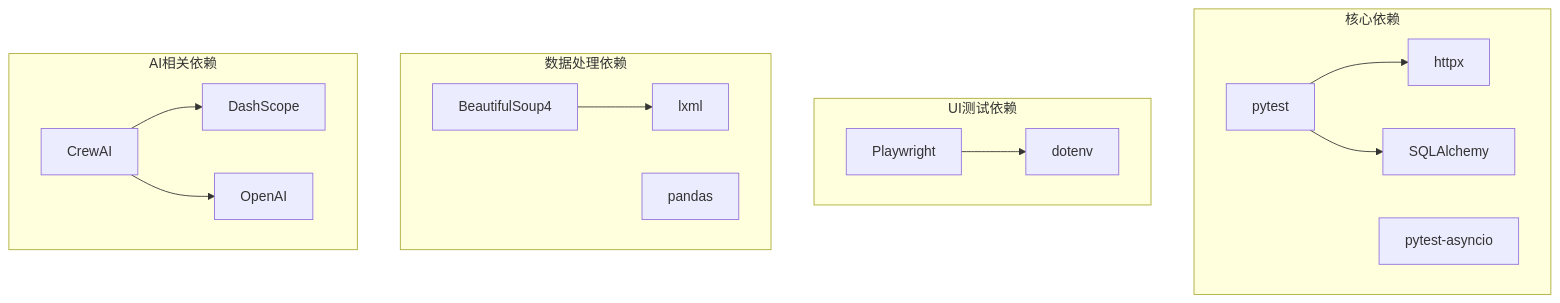
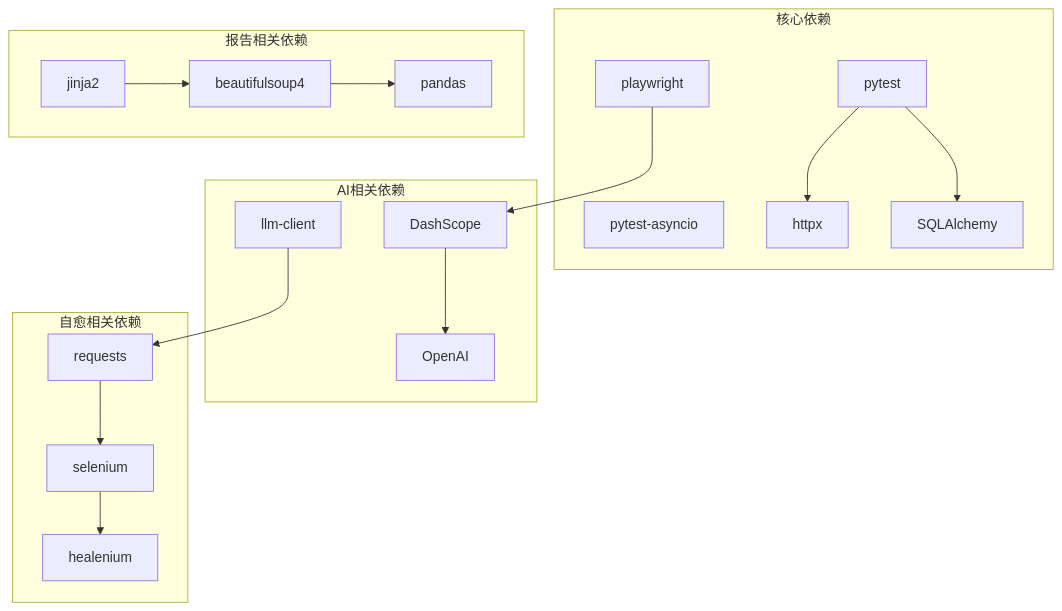
Diagram 14 of 14 in .qoder/repowiki/zh/content/测试策略/自动化测试框架.md (xfbyxq/ai-novel-system), drawn with Mermaid before and after one commit. The commit also changed other lines of this file and 3 other files, not shown here.

````diff
--- a/.qoder/repowiki/zh/content/测试策略/自动化测试框架.md
+++ b/.qoder/repowiki/zh/content/测试策略/自动化测试框架.md
@@ -270,29 +634,34 @@
 ```mermaid
 graph TB
 subgraph "核心依赖"
 A[pytest]
 B[pytest-asyncio]
 C[httpx]
 D[SQLAlchemy]
-end
-subgraph "UI测试依赖"
-E[Playwright]
-F[dotenv]
-end
-subgraph "数据处理依赖"
-G[BeautifulSoup4]
-H[lxml]
-I[pandas]
+E[playwright]
 end
 subgraph "AI相关依赖"
-J[CrewAI]
-K[DashScope]
-L[OpenAI]
+F[DashScope]
+G[OpenAI]
+H[llm-client]
+end
+subgraph "自愈相关依赖"
+I[requests]
+J[selenium]
+K[healenium]
+end
+subgraph "报告相关依赖"
+L[jinja2]
+M[beautifulsoup4]
+N[pandas]
 end
 A --> C
 A --> D
 E --> F
-G --> H
+F --> G
+H --> I
+I --> J
 J --> K
-J --> L
+L --> M
+M --> N
 ```
````
